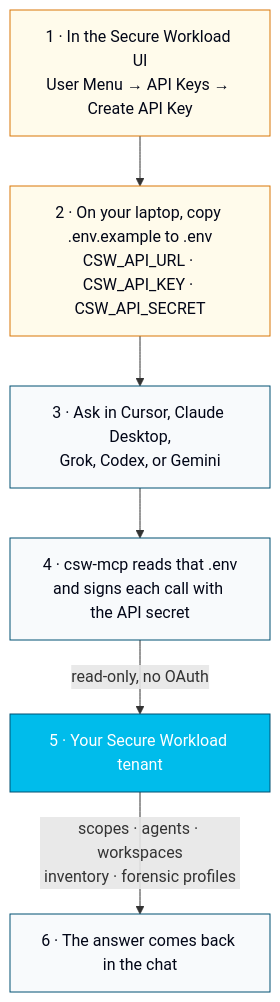
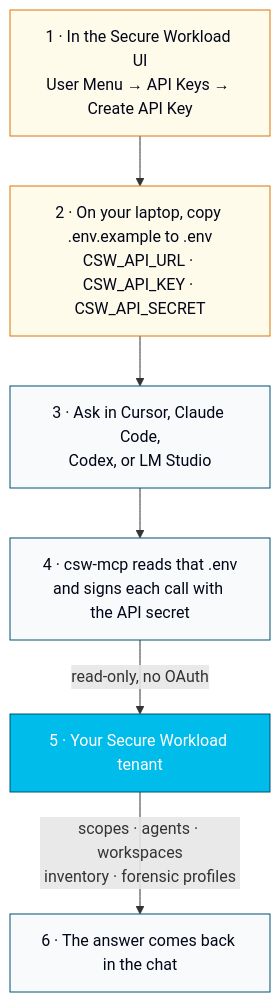
The diagram in README.md (chandrapati/csw-mcp), drawn with Mermaid before and after one commit. The commit also changed other lines of this file and 9 other files, not shown here.

````diff
--- a/README.md
+++ b/README.md
@@ -28,20 +28,20 @@
 ```mermaid
 flowchart TB
     ui["1 · In the Secure Workload UI<br/>User Menu → API Keys → Create API Key"]
     env["2 · On your laptop, copy .env.example to .env<br/>CSW_API_URL · CSW_API_KEY · CSW_API_SECRET"]
-    ask["3 · Ask in Cursor, Claude Desktop,<br/>Grok, Codex, or Gemini"]
+    ask["3 · Ask in Cursor, Claude Code,<br/>Codex, or LM Studio"]
     local["4 · csw-mcp reads that .env<br/>and signs each call with the API secret"]
     tenant["5 · Your Secure Workload tenant"]
     reply["6 · The answer comes back in the chat"]
 
     ui --> env --> ask --> local
     local -->|"read-only, no OAuth"| tenant
     tenant -->|"scopes · agents · workspaces<br/>inventory · forensic profiles"| reply
 
     classDef step fill:#F8FAFC,stroke:#005073,color:#020617;
     classDef cred fill:#FFFBEB,stroke:#d97706,color:#020617;
     classDef cisco fill:#00bceb,stroke:#005073,color:#ffffff;
     class ask,local,reply step;
     class ui,env cred;
     class tenant cisco;
 ```
````
